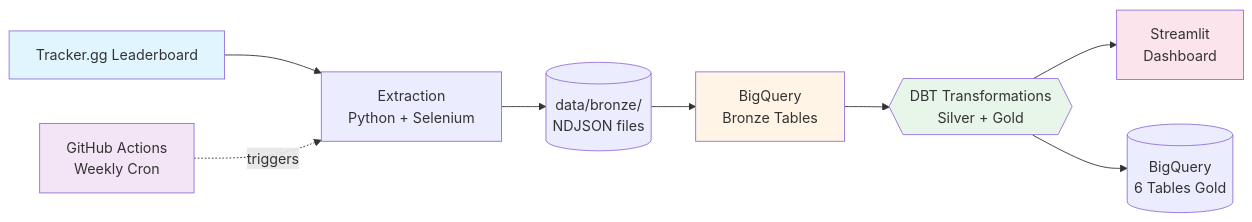
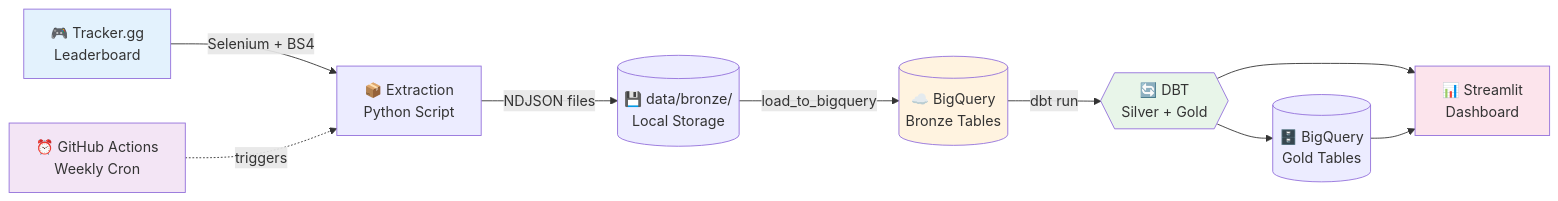
One commit to paulfrettepro-collab/battlefield_meta_aggregator changed the diagram in readme.md. Above: the diagram before and after it, drawn with Mermaid. The commit also changed other lines of this file, not shown here.

````diff
--- a/readme.md
+++ b/readme.md
@@ -56,17 +73,18 @@
 ```mermaid
 flowchart LR
-    A[Tracker.gg Leaderboard] --> B[Extraction<br/>Python + Selenium]
-    B --> C[(data/bronze/<br/>NDJSON files)]
-    C --> D[BigQuery<br/>Bronze Tables]
-    D --> E{{DBT Transformations<br/>Silver + Gold}}
-    E --> F[Streamlit<br/>Dashboard]
+    A[🎮 Tracker.gg<br/>Leaderboard] -->|Selenium + BS4| B[📦 Extraction<br/>Python Script]
+    B -->|NDJSON files| C[(💾 data/bronze/<br/>Local Storage)]
+    C -->|load_to_bigquery| D[(☁️ BigQuery<br/>Bronze Tables)]
+    D -->|dbt run| E{{🔄 DBT<br/>Silver + Gold}}
+    E --> F[📊 Streamlit<br/>Dashboard]
     
-    G[GitHub Actions<br/>Weekly Cron] -.triggers.-> B
-    E --> H[(BigQuery<br/>6 Tables Gold)]
+    G[⏰ GitHub Actions<br/>Weekly Cron] -.triggers.-> B
+    E --> H[(🗄️ BigQuery<br/>Gold Tables)]
+    H --> F
     
-    style A fill:#e1f5ff
-    style D fill:#fff4e6
+    style A fill:#e3f2fd
+    style D fill:#fff3e0
     style E fill:#e8f5e9
     style F fill:#fce4ec
     style G fill:#f3e5f5
 ```
````
